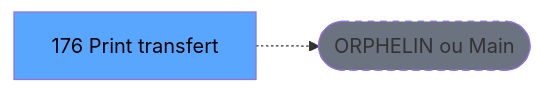
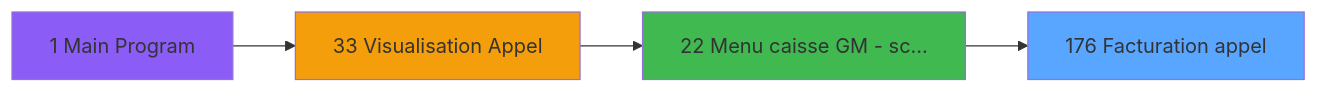
One commit to thonyAGP/magic-migration changed the second of 3 diagrams in .openspec/specs/ADH-IDE-176.md. Above: the diagram before and after it, drawn with Mermaid. The commit also changed other lines of this file and 311 other files, not shown here.

````diff
--- a/.openspec/specs/ADH-IDE-176.md
+++ b/.openspec/specs/ADH-IDE-176.md
@@ -124,8 +366,14 @@
 ```mermaid
 graph LR
-    T[176 Print transfert]
-    ORPHAN([ORPHELIN ou Main])
-    T -.-> ORPHAN
-    style T fill:#58a6ff,color:#000
-    style ORPHAN fill:#6b7280,stroke-dasharray: 5 5
+    T176[176 Facturation appel]
+    style T176 fill:#58a6ff
+    CC1[1 Main Program]
+    style CC1 fill:#8b5cf6
+    CC33[33 Visualisation Appel]
+    style CC33 fill:#f59e0b
+    CC22[22 Menu caisse GM - sc...]
+    style CC22 fill:#3fb950
+    CC33 --> CC22
+    CC1 --> CC33
+    CC22 --> T176
 ```
````
